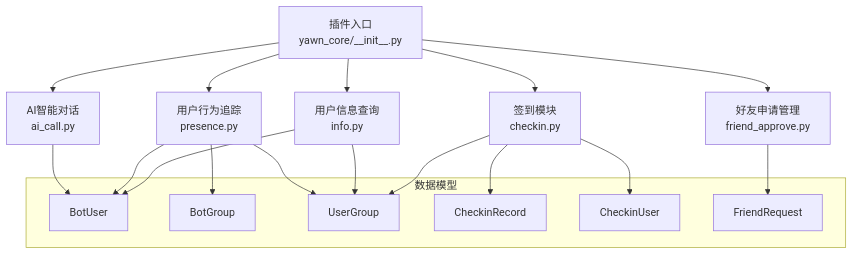
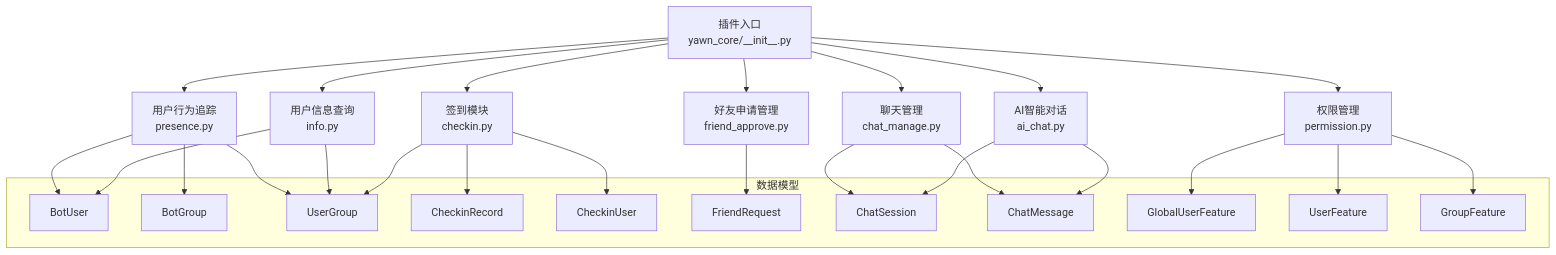
Before and after one commit to Wohaokunr/yawn_bot: the first of 10 diagrams in .qoder/repowiki/zh/content/核心功能模块/核心功能模块.md, drawn with Mermaid. The commit also changed other lines of this file and 28 other files, not shown here.

````diff
--- a/.qoder/repowiki/zh/content/核心功能模块/核心功能模块.md
+++ b/.qoder/repowiki/zh/content/核心功能模块/核心功能模块.md
@@ -53,26 +60,39 @@
 ```mermaid
 graph TB
 A["插件入口<br/>yawn_core/__init__.py"] --> B["签到模块<br/>checkin.py"]
 A --> C["好友申请管理<br/>friend_approve.py"]
 A --> D["用户信息查询<br/>info.py"]
 A --> E["用户行为追踪<br/>presence.py"]
-A --> F["AI智能对话<br/>ai_call.py"]
+A --> F["AI智能对话<br/>ai_chat.py"]
+A --> G["聊天管理<br/>chat_manage.py"]
+A --> H["权限管理<br/>permission.py"]
 subgraph "数据模型"
 M1["BotUser"]
 M2["BotGroup"]
 M3["UserGroup"]
 M4["CheckinRecord"]
 M5["CheckinUser"]
 M6["FriendRequest"]
+M7["ChatSession"]
+M8["ChatMessage"]
+M9["GlobalUserFeature"]
+M10["UserFeature"]
+M11["GroupFeature"]
 end
 B --> M3
 B --> M4
 B --> M5
 C --> M6
 D --> M1
 D --> M3
 E --> M1
 E --> M2
 E --> M3
-F --> M1
+F --> M7
+F --> M8
+G --> M7
+G --> M8
+H --> M9
+H --> M10
+H --> M11
 ```
````
